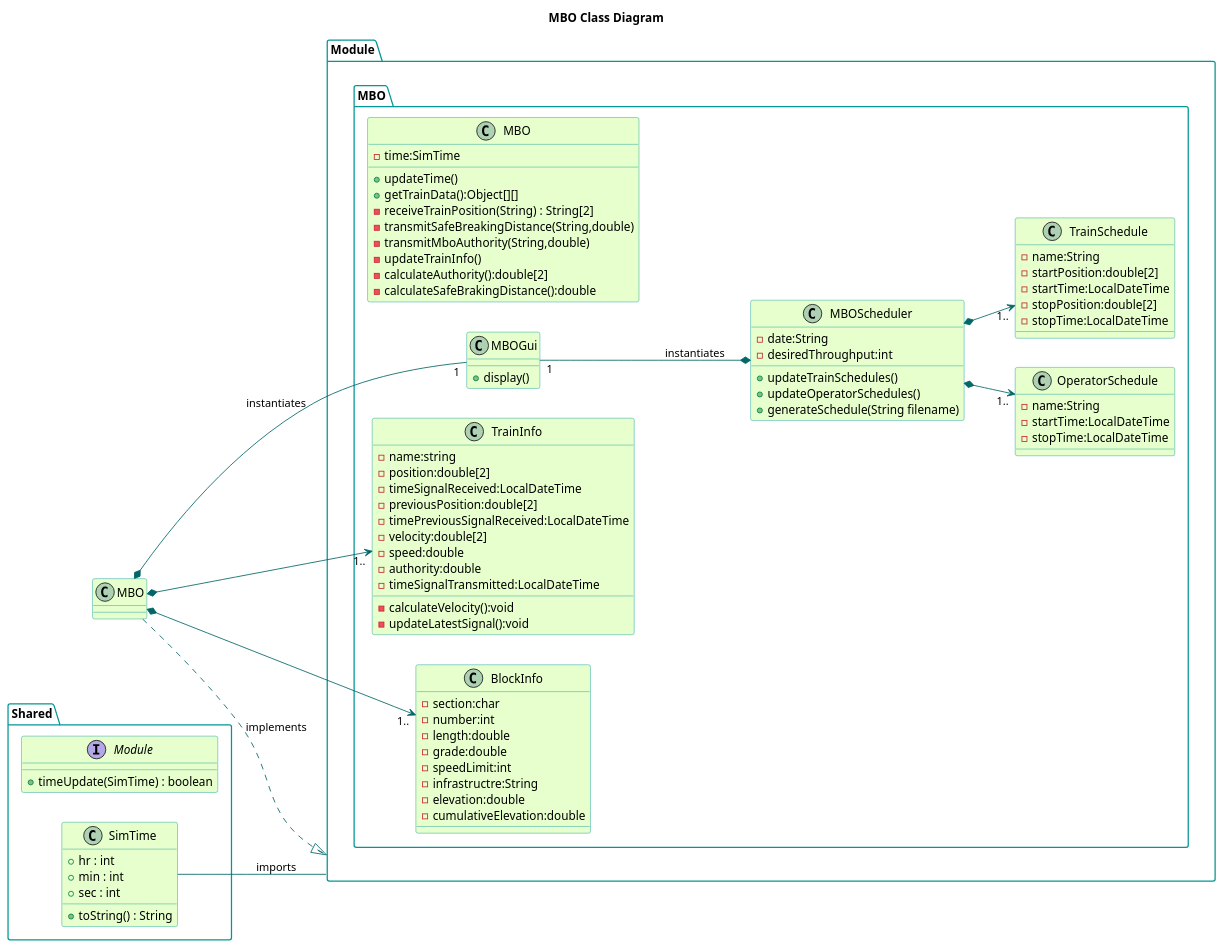
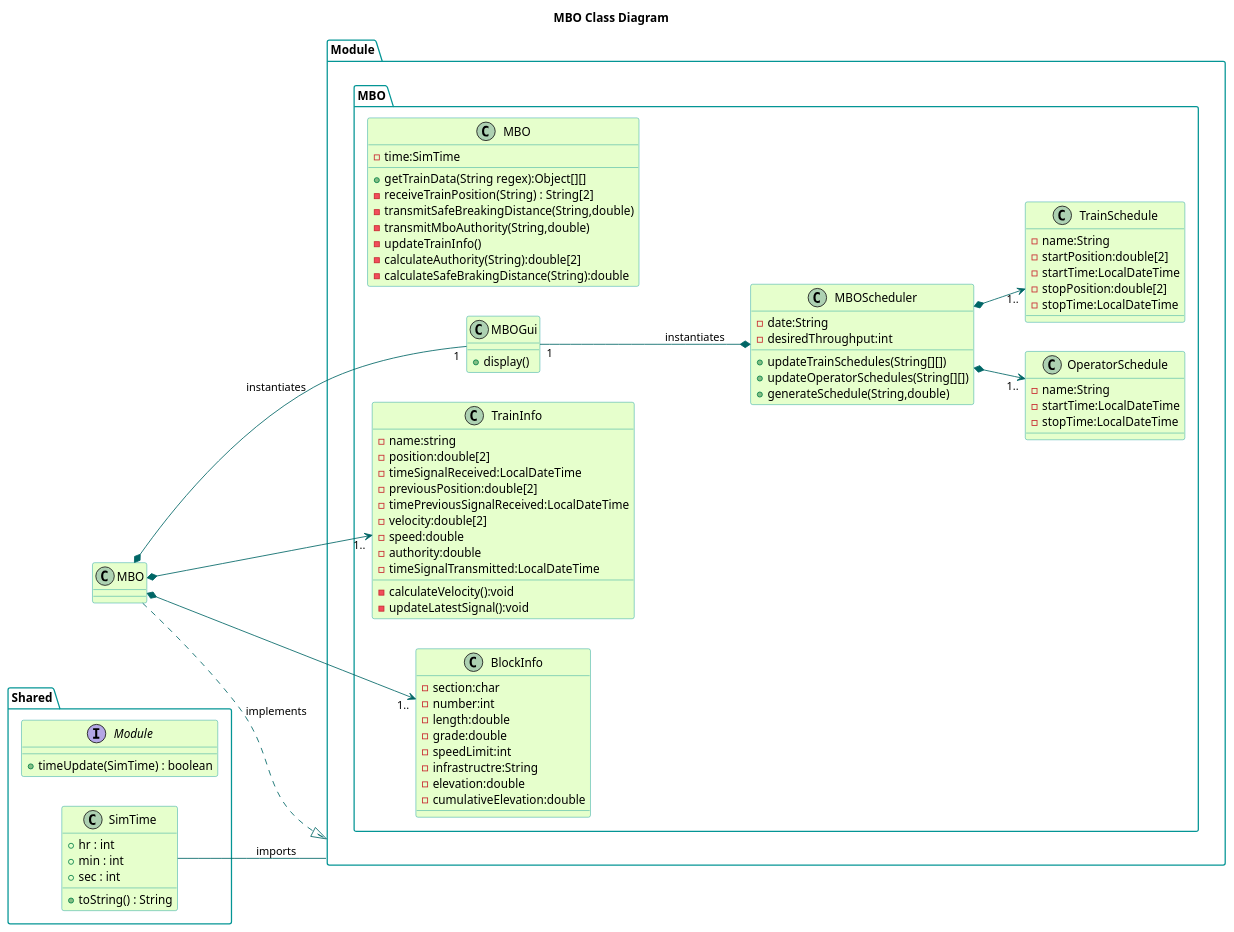
The diagram in TrainSystem/yUML/Class Diagrams/MBO.pu (kevingilboy/COE1186), drawn with PlantUML before and after one commit. The commit also changed 9 other files, not shown here.

Commit message:
sequence diagrams

```diff
--- a/TrainSystem/yUML/Class Diagrams/MBO.pu
+++ b/TrainSystem/yUML/Class Diagrams/MBO.pu
@@ -1,99 +1,98 @@
 @startuml
 
 title MBO Class Diagram
 'skinparam backgroundColor transparent'
 skinparam classBackgroundColor #e6ffcc
 skinparam classBorderColor 	#049595
 skinparam packageBorderColor  #049595
 skinparam arrowColor #006666
 
 package "Module.MBO" {
 	class MBO {
 		-time:SimTime
-		+updateTime()
-		+getTrainData():Object[][]
+		+getTrainData(String regex):Object[][]
 		-receiveTrainPosition(String) : String[2]
  		-transmitSafeBreakingDistance(String,double)
  		-transmitMboAuthority(String,double)
 		-updateTrainInfo()
-		-calculateAuthority():double[2]
-		-calculateSafeBrakingDistance():double
+		-calculateAuthority(String):double[2]
+		-calculateSafeBrakingDistance(String):double
 	}
 
 	class MBOGui {
 		+display()
 	}
 
 	class MBOScheduler {
 		-date:String
 		-desiredThroughput:int
-		+updateTrainSchedules()
-		+updateOperatorSchedules()
-		+generateSchedule(String filename)
+		+updateTrainSchedules(String[][])
+		+updateOperatorSchedules(String[][])
+		+generateSchedule(String,double)
 	}
 
 	class TrainInfo {
 		-name:string
 		-position:double[2]
 		-timeSignalReceived:LocalDateTime
 		-previousPosition:double[2]
 		-timePreviousSignalReceived:LocalDateTime
 		-velocity:double[2]
 		-speed:double
 		-authority:double
 		-timeSignalTransmitted:LocalDateTime
 		-calculateVelocity():void
 		-updateLatestSignal():void
 	}
 
 	class BlockInfo {
 		-section:char
 		-number:int
 		-length:double
 		-grade:double
 		-speedLimit:int
 		-infrastructre:String
 		-elevation:double
 		-cumulativeElevation:double
 	}
 
 	class OperatorSchedule {
 		-name:String
 		-startTime:LocalDateTime
 		-stopTime:LocalDateTime
 	}
 
 	class TrainSchedule {
 		-name:String
 		-startPosition:double[2]
 		-startTime:LocalDateTime
 		-stopPosition:double[2]
 		-stopTime:LocalDateTime
 	}
 }
 
 package "Shared" {
 	interface Module {
 		+timeUpdate(SimTime) : boolean
 	}
 	
 	class SimTime {
 		+hr : int
 		+min : int
 		+sec : int
 		+toString() : String
 	}
 }
 
 left to right direction
 
 MBOGui "1" --* MBO : instantiates
 MBOGui "1" --* MBOScheduler : instantiates
 SimTime -- Module : imports
 MBO ..|> Module : implements
 MBO *--> "1.." TrainInfo
 MBO *--> "1.." BlockInfo
 MBOScheduler *--> "1.." TrainSchedule
 MBOScheduler *--> "1.." OperatorSchedule
 
 @enduml
```
